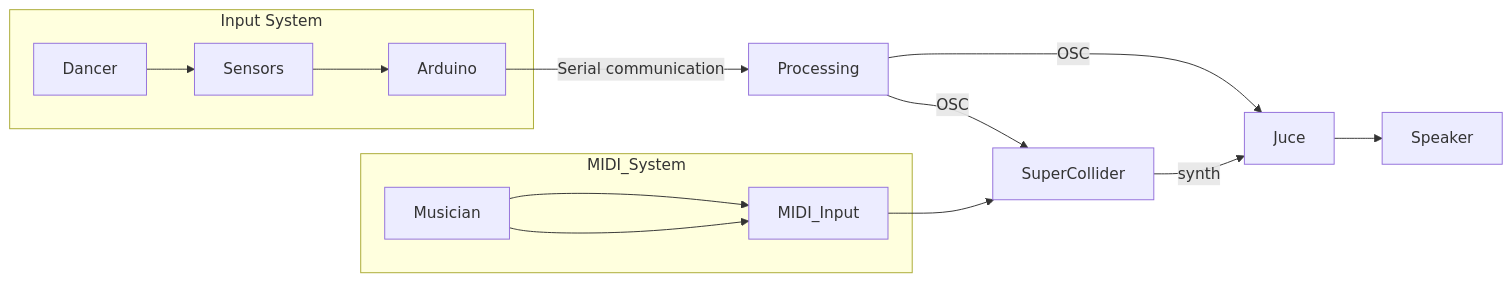
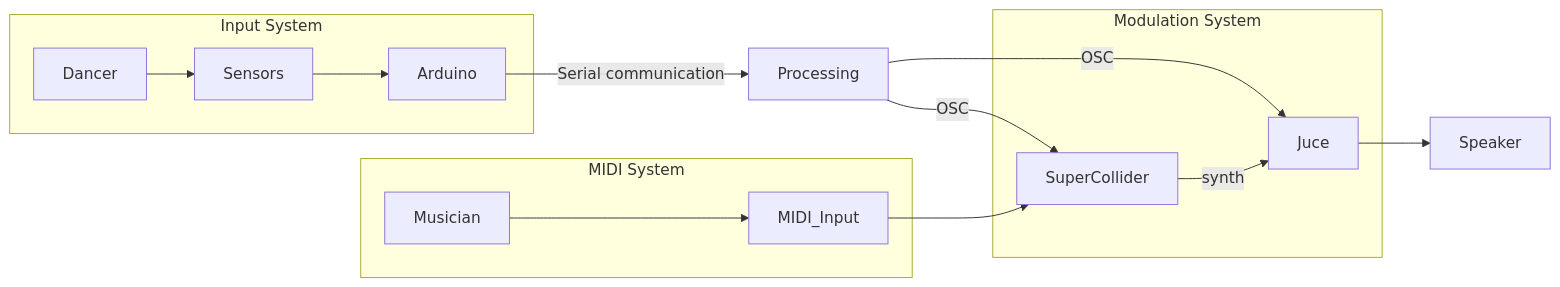
Before and after one commit to GiulianoDiLorenzo/Jacob-SuperCollier: the first of 2 diagrams in README.md, drawn with Mermaid.

````diff
--- a/README.md
+++ b/README.md
@@ -6,25 +6,29 @@
 ```mermaid
 graph LR
     Dancer --> Sensors
     Sensors -->Arduino
     Arduino -->|Serial communication| Processing
     
     Processing -->|OSC| SuperCollider
     Processing -->|OSC| Juce
     
-    Musician --> MIDI_Input
     MIDI_Input --> SuperCollider
     SuperCollider -->|synth| Juce
     
     Juce --> Speaker
 
     subgraph Input System
         Dancer
         Arduino
         Sensors
     end
     
-    subgraph MIDI_System
+    subgraph MIDI System
         Musician --> MIDI_Input
     end
+
+    subgraph Modulation System
+        SuperCollider
+        Juce
+    end
 ```
````
